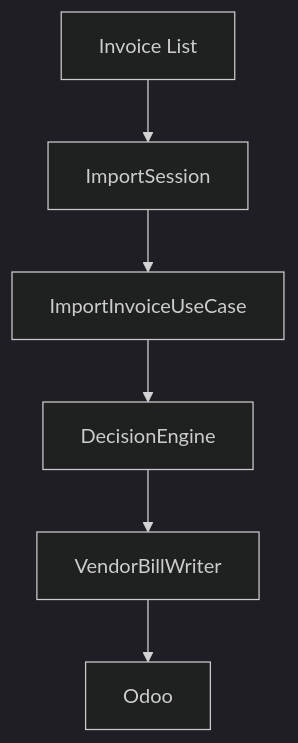
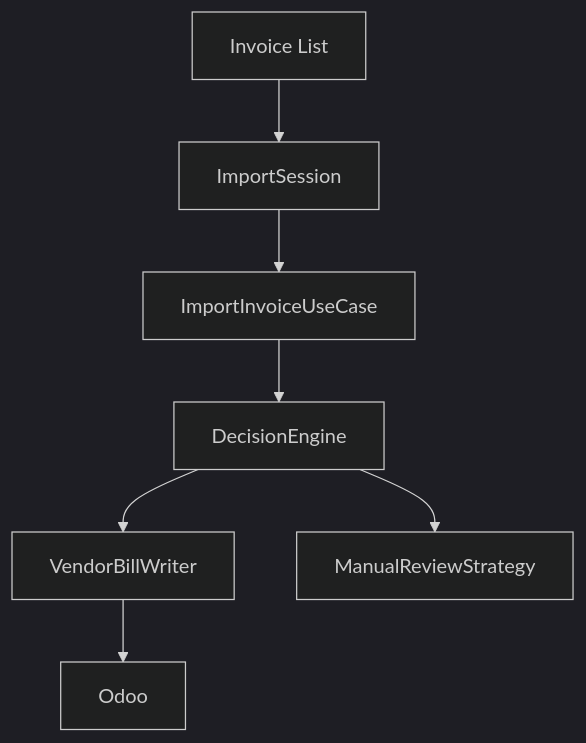
The third of 4 diagrams in docs/WORKFLOWS.md (odurmazoglu/ict-integration-hub), drawn with Mermaid (dark theme) before and after one commit. The commit also changed other lines of this file and 25 other files, not shown here.

Commit message:
feat: add manual review workflow foundation

````diff
--- a/docs/WORKFLOWS.md
+++ b/docs/WORKFLOWS.md
@@ -89,15 +90,17 @@
 ```mermaid
 flowchart TB
     InvoiceList[Invoice List]
     ImportSession[ImportSession]
     ImportInvoiceUseCase[ImportInvoiceUseCase]
     DecisionEngine[DecisionEngine]
     VendorBillWriter[VendorBillWriter]
+    ManualReview[ManualReviewStrategy]
     Odoo[Odoo]
 
     InvoiceList --> ImportSession
     ImportSession --> ImportInvoiceUseCase
     ImportInvoiceUseCase --> DecisionEngine
     DecisionEngine --> VendorBillWriter
+    DecisionEngine --> ManualReview
     VendorBillWriter --> Odoo
 ```
````
